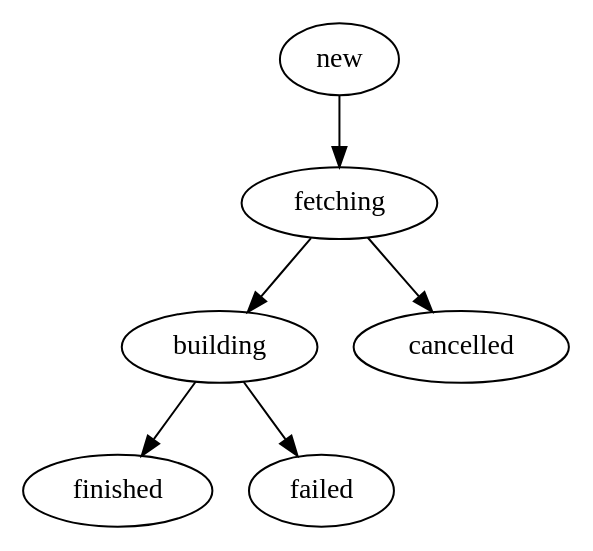
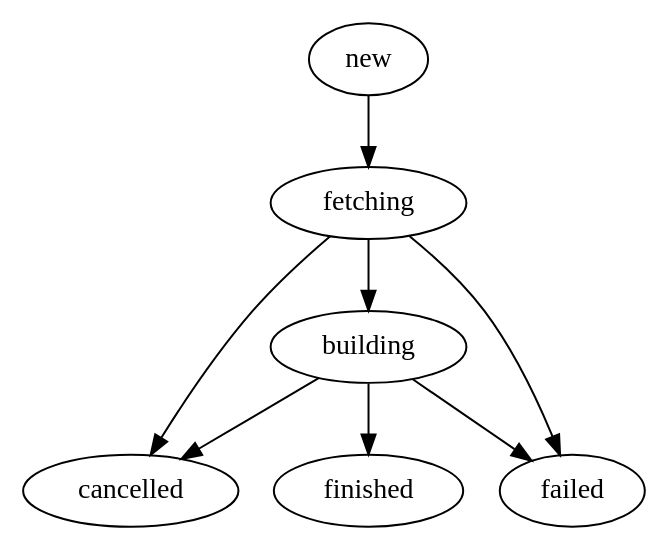
Before and after one commit to AOSC-Archive/aoinb: the first of 2 diagrams in docs/scheduler-builder/api.org, drawn with Graphviz. The commit also changed other lines of this file and 1 other file, not shown here.

```diff
--- a/docs/scheduler-builder/api.org
+++ b/docs/scheduler-builder/api.org
@@ -182,7 +184,9 @@
 #+BEGIN_SRC dot :file job_state.svg :cmdline -Kdot -Tsvg
 digraph {
 	new -> fetching -> building -> finished
 	fetching -> cancelled
+	fetching -> failed
+	building -> cancelled
 	building -> failed
 }
 #+END_SRC
```
